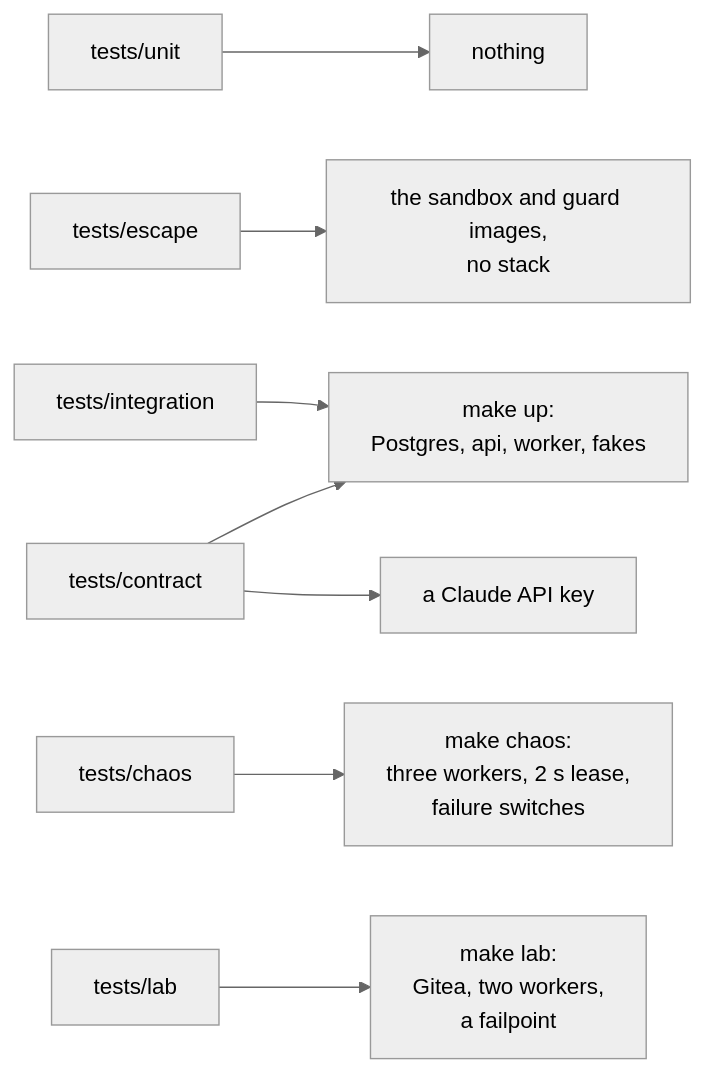
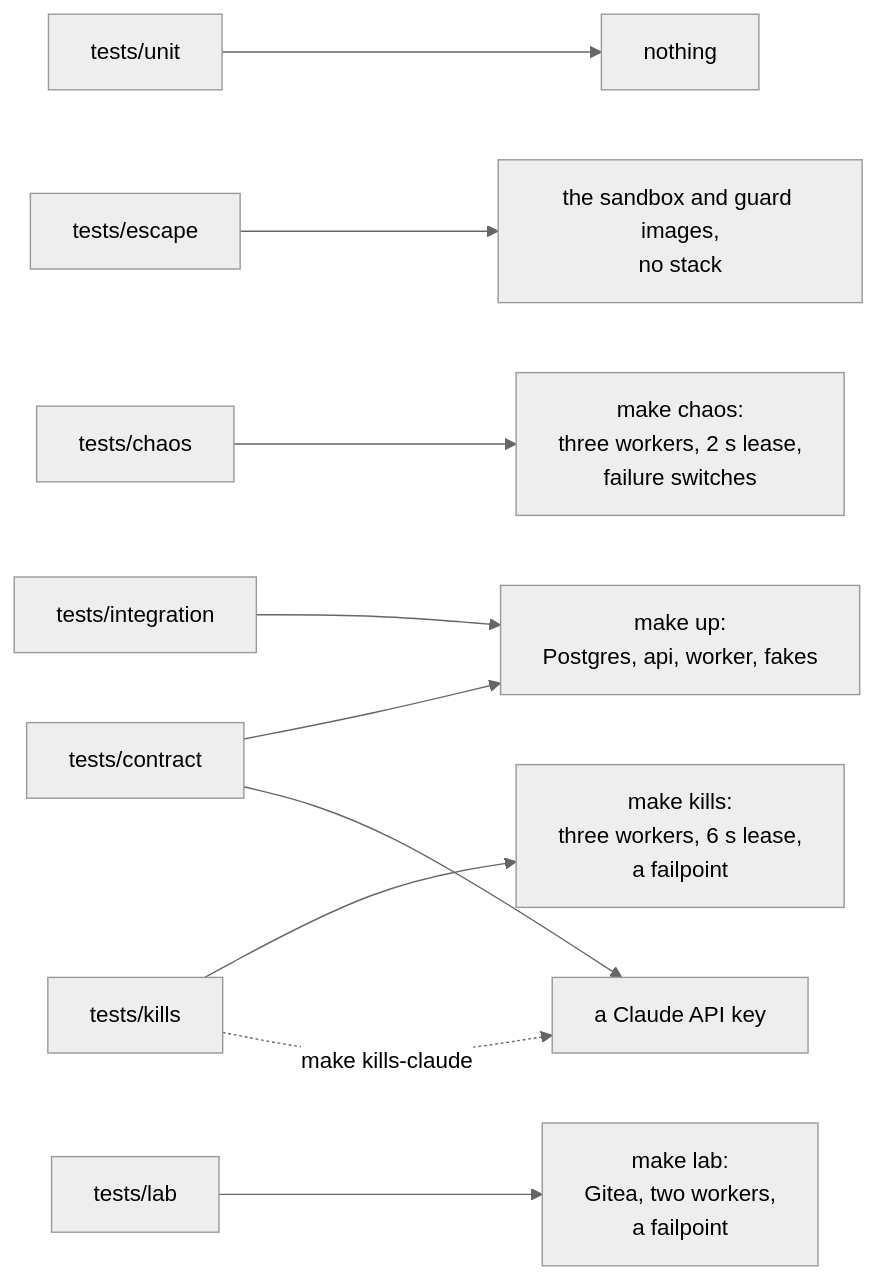
Before and after one commit to sindredg/agent-runtime: the diagram in docs/testing.md, drawn with Mermaid (neutral theme). The commit also changed other lines of this file and 20 other files, not shown here.

````diff
--- a/docs/testing.md
+++ b/docs/testing.md
@@ -6,10 +7,12 @@
 ```mermaid
 flowchart LR
     U[tests/unit] --> N[nothing]
     I[tests/integration] --> S[make up:<br/>Postgres, api, worker, fakes]
     E[tests/escape] --> IMG[the sandbox and guard images,<br/>no stack]
     C[tests/chaos] --> CS[make chaos:<br/>three workers, 2 s lease,<br/>failure switches]
     L[tests/lab] --> LS[make lab:<br/>Gitea, two workers,<br/>a failpoint]
+    R[tests/kills] --> RS[make kills:<br/>three workers, 6 s lease,<br/>a failpoint]
+    R -.->|make kills-claude| KEY
     K[tests/contract] --> S
     K --> KEY[a Claude API key]
 ```
````
